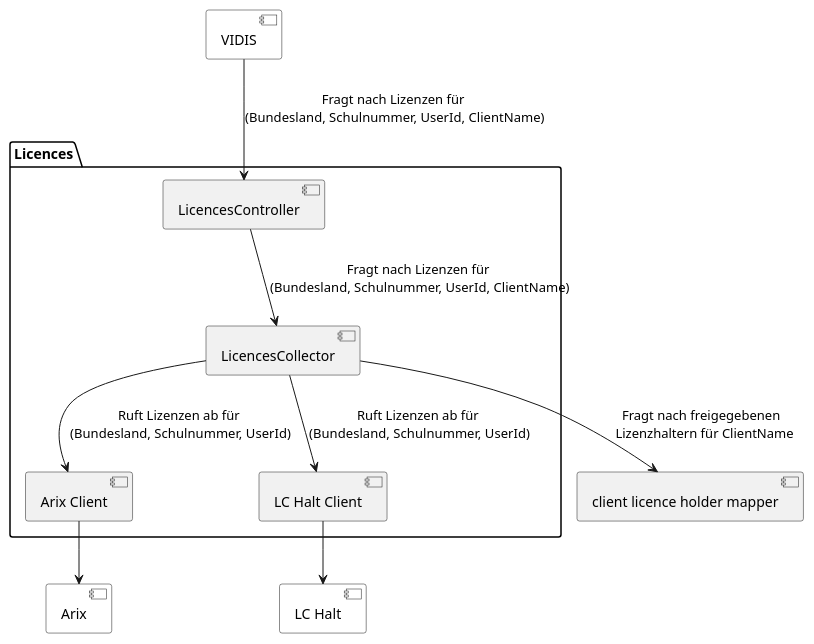
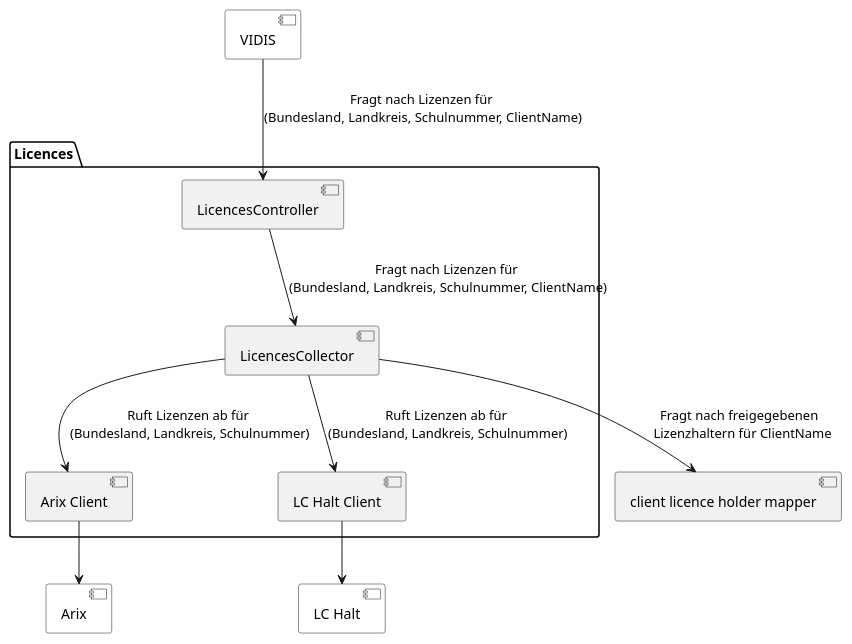
The second of 3 diagrams in doc/src/05_building_block_view/index.adoc (FWU-DE/licence-connect), drawn with PlantUML before and after one commit. The commit also changed other lines of this file and 21 other files, not shown here.

```diff
--- a/doc/src/05_building_block_view/index.adoc
+++ b/doc/src/05_building_block_view/index.adoc
@@ -74,27 +74,27 @@
 [plantuml]
 ----
 @startuml
 
 [VIDIS] as vidis #white
 [LC Halt] as lchalt #white
 [Arix] as arix #white
 
 [client licence holder mapper] as client_mapper
 
 package Licences {
     [Arix Client] as arix_client
     [LC Halt Client] as lchalt_client
     [LicencesController] as lcontroller
     [LicencesCollector] as lcollector
 }
 
-vidis --> lcontroller: Fragt nach Lizenzen für \n(Bundesland, Schulnummer, UserId, ClientName)
-lcontroller --> lcollector: Fragt nach Lizenzen für \n(Bundesland, Schulnummer, UserId, ClientName)
+vidis --> lcontroller: Fragt nach Lizenzen für \n(Bundesland, Landkreis, Schulnummer, ClientName)
+lcontroller --> lcollector: Fragt nach Lizenzen für \n(Bundesland, Landkreis, Schulnummer, ClientName)
 lcollector --> client_mapper: Fragt nach freigegebenen \n Lizenzhaltern für ClientName
-lcollector --> arix_client: Ruft Lizenzen ab für \n(Bundesland, Schulnummer, UserId)
-lcollector --> lchalt_client: Ruft Lizenzen ab für \n(Bundesland, Schulnummer, UserId)
+lcollector --> arix_client: Ruft Lizenzen ab für \n(Bundesland, Landkreis, Schulnummer)
+lcollector --> lchalt_client: Ruft Lizenzen ab für \n(Bundesland, Landkreis, Schulnummer)
 arix_client --> arix
 lchalt_client --> lchalt
 
 @enduml
 ----
```
